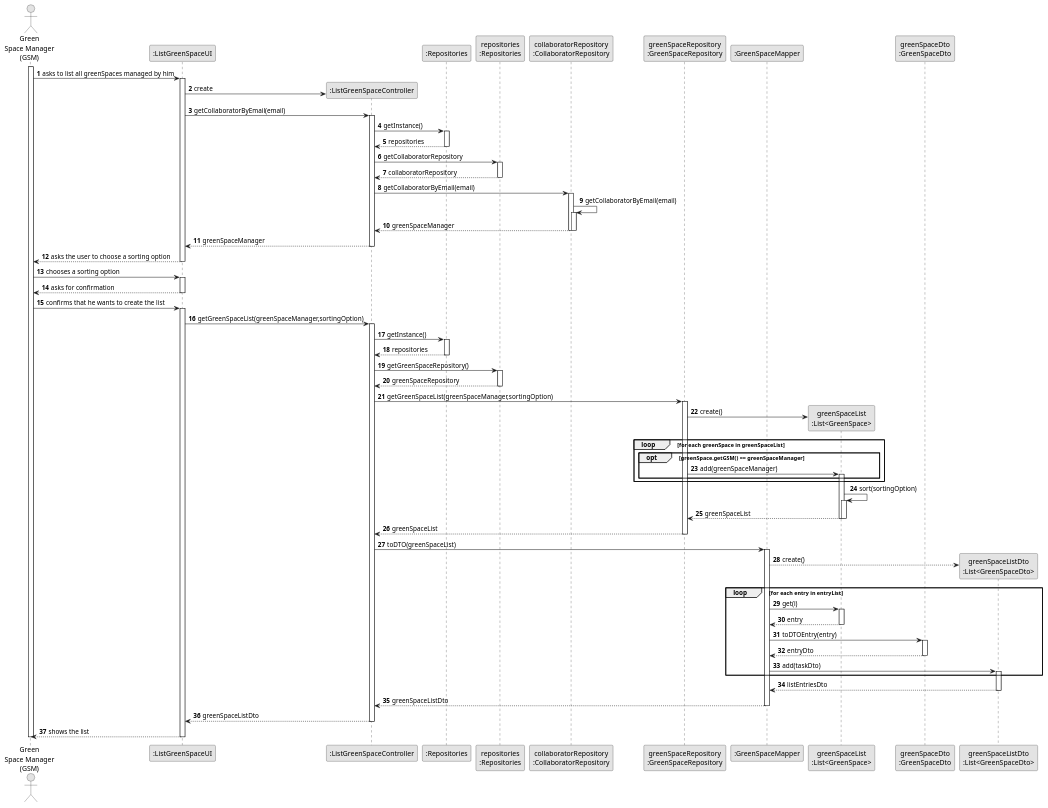
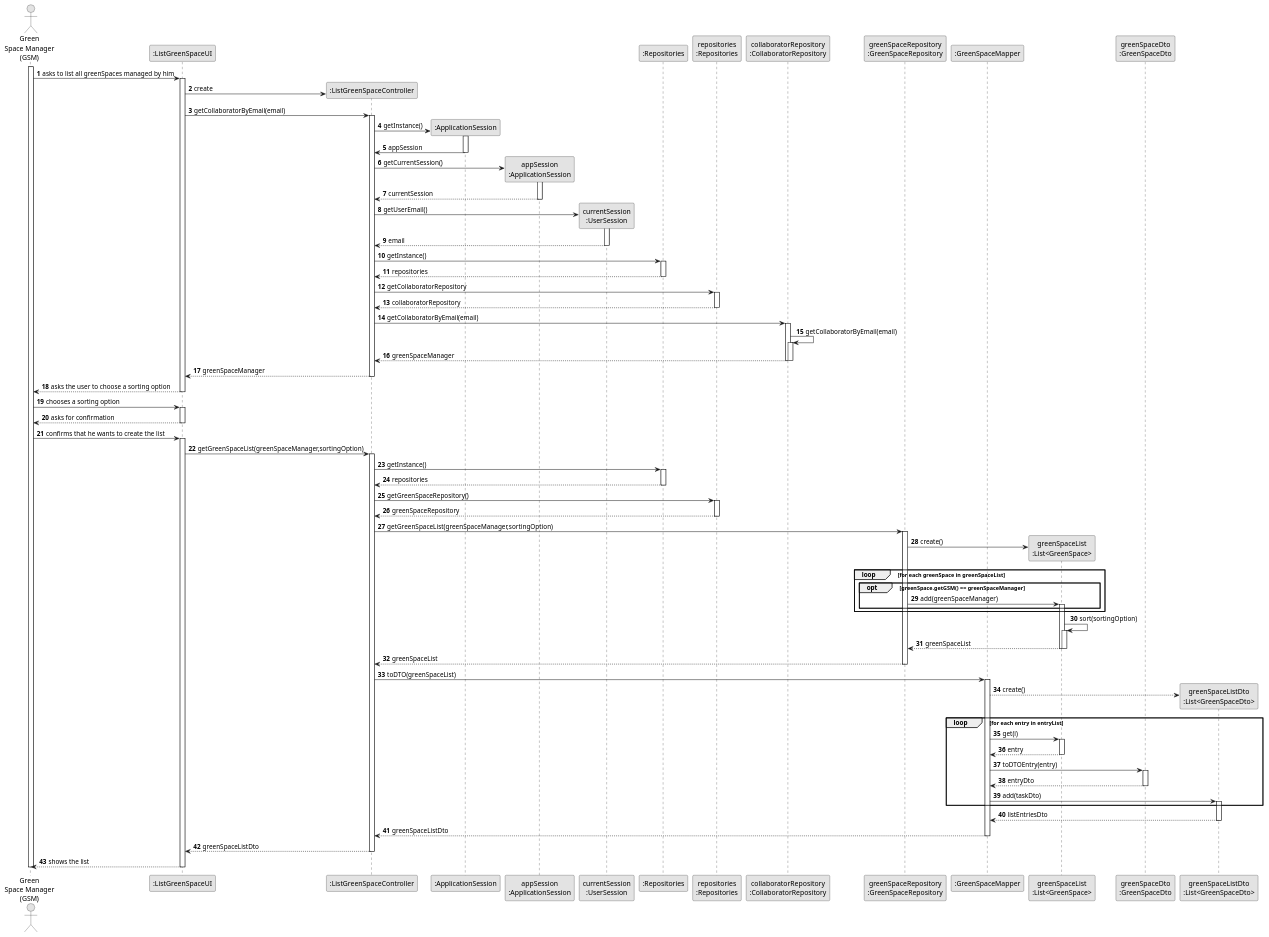
The diagram in docs/sprintC/us027/03.design/puml/us027-sequence-diagram-full.puml (diogoveirospro/lei-24-s2-1dg-g072), drawn with PlantUML before and after one commit. The commit also changed 26 other files, not shown here.

```diff
--- a/docs/sprintC/us027/03.design/puml/us027-sequence-diagram-full.puml
+++ b/docs/sprintC/us027/03.design/puml/us027-sequence-diagram-full.puml
@@ -1,150 +1,170 @@
 @startuml
 skinparam monochrome true
 skinparam packageStyle rectangle
 skinparam shadowing false
 
 autonumber
 
 'hide footbox
 actor "Green\nSpace Manager\n(GSM)" as GSM
 participant ":ListGreenSpaceUI" as UI
 participant ":ListGreenSpaceController" as CTRL
+participant ":ApplicationSession" as _APP
+participant "appSession\n:ApplicationSession" as APP
+participant "currentSession\n:UserSession" as SESSION
 participant ":Repositories" as RepositorySingleton
 participant "repositories\n:Repositories" as REP
 participant "collaboratorRepository\n:CollaboratorRepository" as collaboratorRepository
 participant "greenSpaceRepository\n:GreenSpaceRepository" as greenSpaceRepository
 participant ":GreenSpaceMapper" as Mapper
 participant "greenSpaceList\n:List<GreenSpace>" as greenSpaceList
 participant "greenSpaceDto\n:GreenSpaceDto" as DTO
 participant "greenSpaceListDto\n:List<GreenSpaceDto>" as LISTDTO
 
 activate GSM
 
         GSM -> UI : asks to list all greenSpaces managed by him
 
         activate UI
 
                 UI -> CTRL** : create
                     UI -> CTRL : getCollaboratorByEmail(email)
                         activate CTRL
 
+                        CTRL -> _APP**: getInstance()
+                                   activate _APP
+
+                                        _APP -> CTRL: appSession
+                                   deactivate _APP
+
+                                   CTRL -> APP**: getCurrentSession()
+                                   activate APP
+
+                                        APP --> CTRL: currentSession
+                                   deactivate APP
+
+                                   CTRL -> SESSION**: getUserEmail()
+                                   activate SESSION
+
+                                        SESSION --> CTRL: email
+                                   deactivate SESSION
                         CTRL -> RepositorySingleton : getInstance()
                             activate RepositorySingleton
 
                             RepositorySingleton --> CTRL : repositories
                             deactivate RepositorySingleton
 
                         CTRL -> REP : getCollaboratorRepository
                             activate REP
 
                             REP --> CTRL : collaboratorRepository
                             deactivate REP
 
                         CTRL -> collaboratorRepository : getCollaboratorByEmail(email)
                             activate collaboratorRepository
 
                             collaboratorRepository -> collaboratorRepository : getCollaboratorByEmail(email)
                             activate collaboratorRepository
 
                             collaboratorRepository --> CTRL : greenSpaceManager
 
                                 deactivate collaboratorRepository
 
                             deactivate collaboratorRepository
                         CTRL --> UI : greenSpaceManager
                         deactivate CTRL
             UI --> GSM : asks the user to choose a sorting option
         deactivate UI
 
         GSM -> UI : chooses a sorting option
         activate UI
 
             UI --> GSM: asks for confirmation
         deactivate UI
             GSM -> UI : confirms that he wants to create the list
         activate UI
 
 
             UI -> CTRL : getGreenSpaceList(greenSpaceManager,sortingOption)
             activate CTRL
 
                 CTRL -> RepositorySingleton : getInstance()
                 activate RepositorySingleton
 
                     RepositorySingleton --> CTRL: repositories
                 deactivate RepositorySingleton
 
                 CTRL -> REP : getGreenSpaceRepository()
                 activate REP
 
                     REP --> CTRL: greenSpaceRepository
                 deactivate REP
 
                 CTRL -> greenSpaceRepository : getGreenSpaceList(greenSpaceManager,sortingOption)
 
                 activate greenSpaceRepository
 
                         greenSpaceRepository -> greenSpaceList**: create()
                         loop for each greenSpace in greenSpaceList
 opt greenSpace.getGSM() == greenSpaceManager
                             greenSpaceRepository -> greenSpaceList : add(greenSpaceManager)
                                 activate greenSpaceList
 
 
 
 
 
                                         end
 
                                         end
                                         greenSpaceList -> greenSpaceList : sort(sortingOption)
                                         activate greenSpaceList
 
                                                 greenSpaceList --> greenSpaceRepository: greenSpaceList
 
                                         deactivate greenSpaceList
 
                                 deactivate greenSpaceList
 
                         greenSpaceRepository --> CTRL : greenSpaceList
 
 
                 deactivate greenSpaceRepository
 
 
 
             CTRL -> Mapper : toDTO(greenSpaceList)
             activate Mapper
 
             Mapper --> LISTDTO** : create()
                 loop for each entry in entryList
                     Mapper -> greenSpaceList : get(i)
                         activate greenSpaceList
 
                         greenSpaceList --> Mapper : entry
                         deactivate greenSpaceList
                     Mapper -> DTO : toDTOEntry(entry)
                         activate DTO
 
                         DTO --> Mapper : entryDto
                         deactivate DTO
                     Mapper -> LISTDTO : add(taskDto)
                         activate LISTDTO
                 end
 
 
             LISTDTO --> Mapper : listEntriesDto
              deactivate LISTDTO
             Mapper --> CTRL : greenSpaceListDto
 
             deactivate Mapper
             CTRL --> UI: greenSpaceListDto
             deactivate CTRL
             UI --> GSM: shows the list
     deactivate UI
 
 deactivate GSM
 
 
 
 @enduml
```
